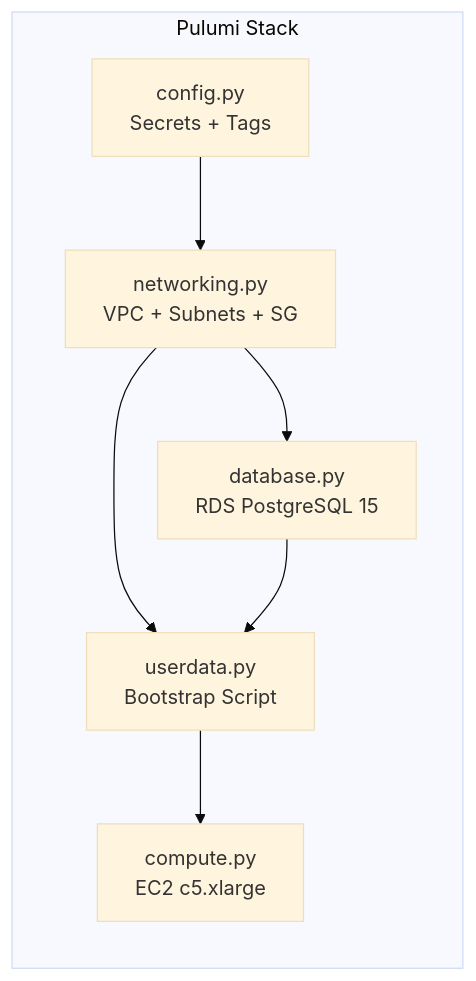
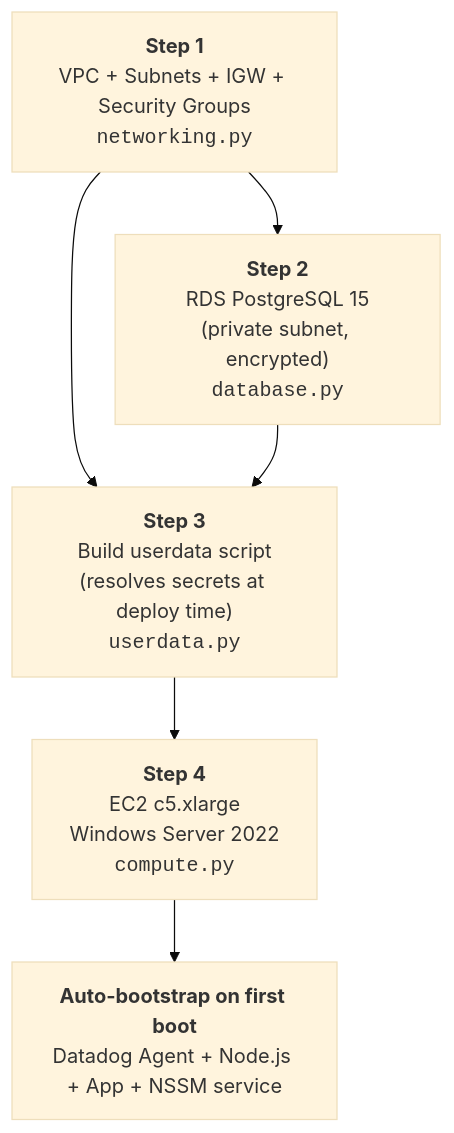
One commit to vtanathip/sdet-handbook changed the third of 4 diagrams in examples/e2e-realtime-monitoring/README.md. Above: the diagram before and after it, drawn with Mermaid (base theme). The commit also changed other lines of this file and 3 other files, not shown here.

````diff
--- a/examples/e2e-realtime-monitoring/README.md
+++ b/examples/e2e-realtime-monitoring/README.md
@@ -200,10 +274,8 @@
 ```mermaid
-graph LR
-    subgraph Pulumi Stack
-        A[config.py<br/>Secrets + Tags] --> B[networking.py<br/>VPC + Subnets + SG]
-        B --> C[database.py<br/>RDS PostgreSQL 15]
-        B --> D[userdata.py<br/>Bootstrap Script]
-        C --> D
-        D --> E[compute.py<br/>EC2 c5.xlarge]
-    end
+graph TD
+    A["<b>Step 1</b><br/>VPC + Subnets + IGW + Security Groups<br/><code>networking.py</code>"] --> B["<b>Step 2</b><br/>RDS PostgreSQL 15<br/>(private subnet, encrypted)<br/><code>database.py</code>"]
+    A --> C["<b>Step 3</b><br/>Build userdata script<br/>(resolves secrets at deploy time)<br/><code>userdata.py</code>"]
+    B --> C
+    C --> D["<b>Step 4</b><br/>EC2 c5.xlarge<br/>Windows Server 2022<br/><code>compute.py</code>"]
+    D --> E["<b>Auto-bootstrap on first boot</b><br/>Datadog Agent + Node.js + App + NSSM service"]
 ```
````
